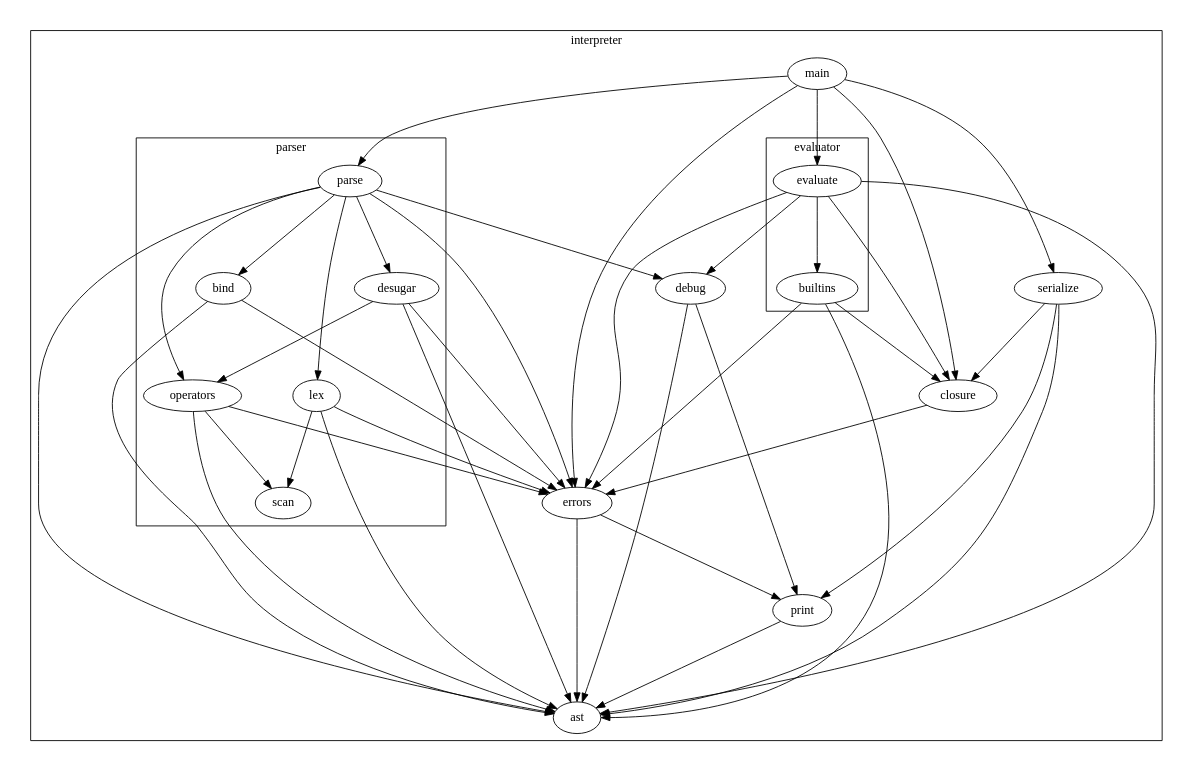
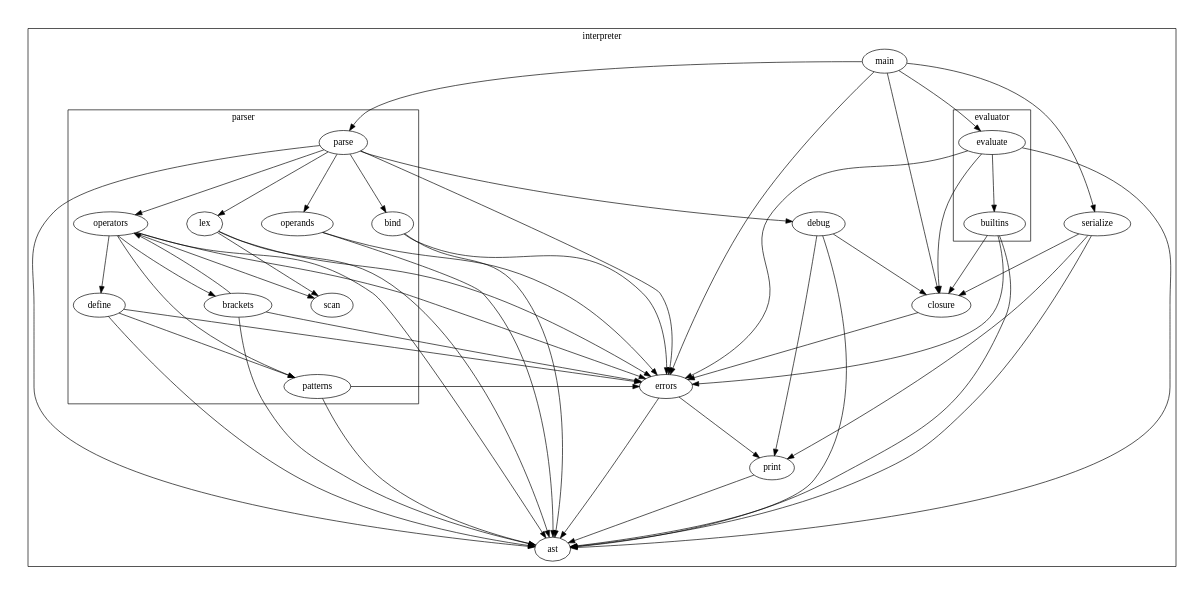
One commit to clark800/lambda-zero changed the diagram in bootstrap-interpreter/doc/architecture.dot. Above: the diagram before and after it, drawn with Graphviz.

Commit message:
Update dependency diagram

```diff
--- a/bootstrap-interpreter/doc/architecture.dot
+++ b/bootstrap-interpreter/doc/architecture.dot
@@ -1,87 +1,103 @@
 // to build this diagram, install graphviz and run the following command:
 // dot -o architecture.pdf -T pdf architecture.dot
 // note: ordering=out seems to be not working due to a bug in graphviz
 digraph graphname {
     size=6;
     ranksep=1.2;
     nodesep=0.8;
     mclimit=100;
 
     subgraph cluster_interpreter {
         label="interpreter";
         subgraph cluster_parser {
             label="parser";
-            desugar;
-            bind;
-            operators;
             parse;
             lex;
             scan;
+            operands;
+            operators;
+            define;
+            brackets;
+            patterns;
+            bind;
         }
         ast;
         print;
         debug;
         errors;
         subgraph cluster_evaluator {
             label="evaluator";
             evaluate;
             builtins;
         }
         closure;
         serialize;
         main;
     }
 
     print -> ast;
 
     errors -> ast;
     errors -> print;
 
     debug -> ast;
     debug -> print;
+    debug -> closure;
 
     serialize -> ast;
     serialize -> print;
     serialize -> closure;
 
     closure -> errors;
 
     lex -> scan;
     lex -> ast;
     lex -> errors;
 
     bind -> ast;
     bind -> errors;
 
-    desugar -> ast;
-    desugar -> errors;
-    desugar -> operators;
+    patterns -> ast;
+    patterns -> errors;
+
+    brackets -> ast;
+    brackets -> errors;
+    brackets -> operators;
+
+    define -> ast;
+    define -> errors;
+    define -> patterns;
+
+    operands -> ast;
+    operands -> errors;
 
     operators -> ast;
     operators -> scan;
     operators -> errors;
+    operators -> define;
+    operators -> patterns;
+    operators -> brackets;
 
     parse -> ast;
     parse -> errors;
     parse -> lex;
+    parse -> operands;
     parse -> operators;
-    parse -> desugar;
     parse -> bind;
     parse -> debug;
 
     builtins -> ast;
     builtins -> errors;
     builtins -> closure;
 
     evaluate -> ast;
     evaluate -> errors;
-    evaluate -> debug;
     evaluate -> closure;
     evaluate -> builtins;
 
     main -> closure;
     main -> errors;
     main -> parse;
     main -> evaluate;
     main -> serialize;
 }
```
